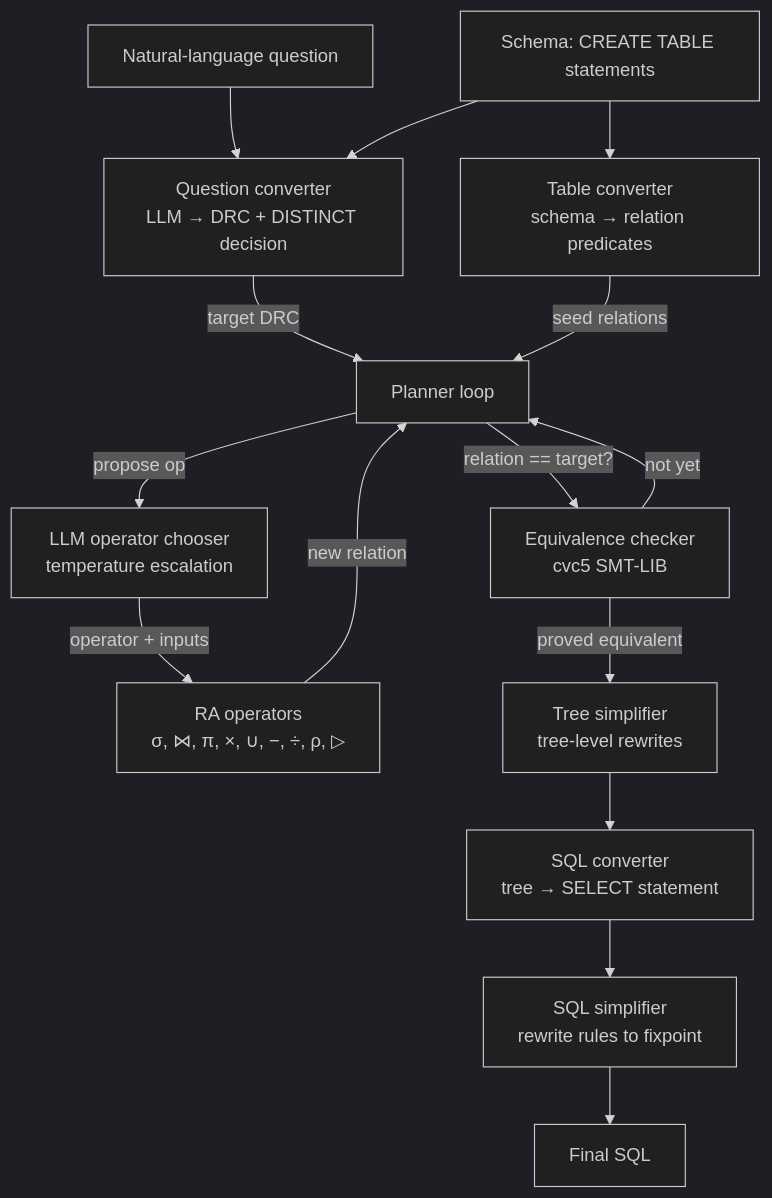
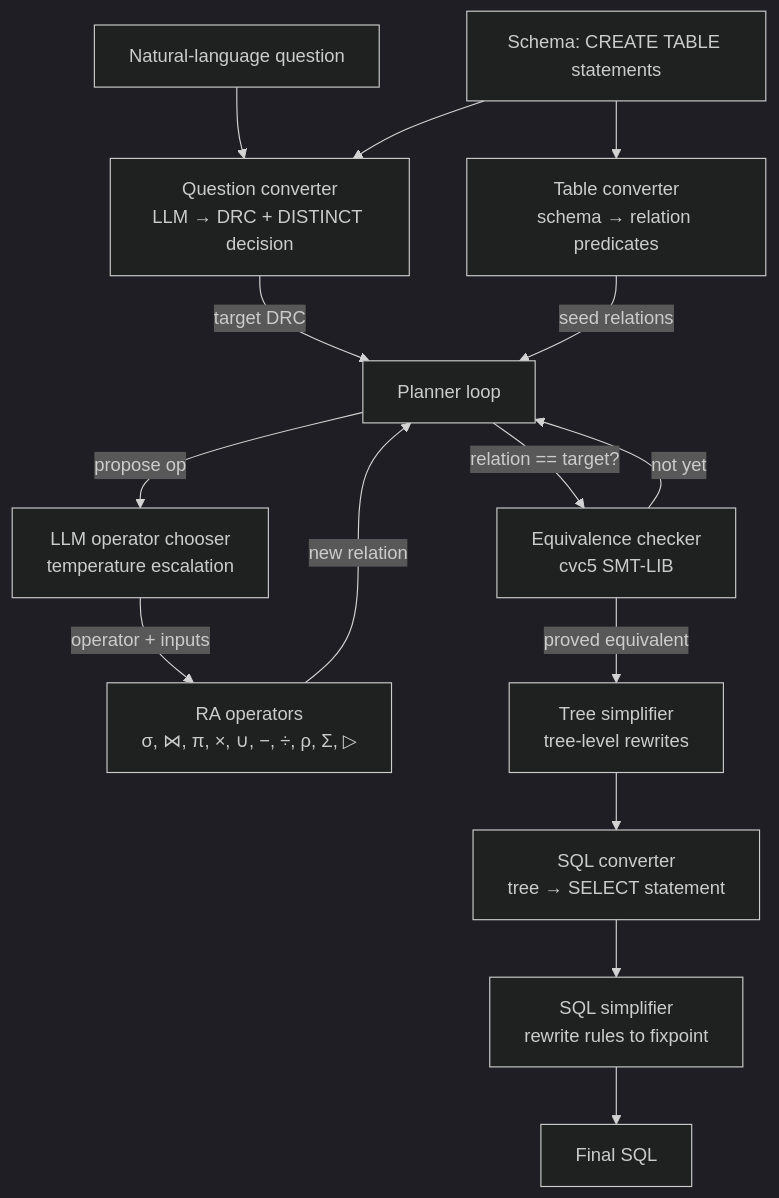
Before and after one commit to aws-samples/sample-neurosymbolic-text-to-SQL-with-symbolic-planner: the diagram in README.md, drawn with Mermaid (dark theme). The commit also changed other lines of this file and 13 other files, not shown here.

````diff
--- a/README.md
+++ b/README.md
@@ -157,33 +157,33 @@
 ```mermaid
 flowchart TD
     Q[Natural-language question]
     S[Schema: CREATE TABLE statements]
 
     QC[Question converter<br/>LLM → DRC + DISTINCT decision]
     TC[Table converter<br/>schema → relation predicates]
 
     P[Planner loop]
     LLM[LLM operator chooser<br/>temperature escalation]
-    OPS[RA operators<br/>σ, ⋈, π, ×, ∪, −, ÷, ρ, ▷]
+    OPS[RA operators<br/>σ, ⋈, π, ×, ∪, −, ÷, ρ, Σ, ▷]
     EQ[Equivalence checker<br/>cvc5 SMT-LIB]
 
     TREE[Tree simplifier<br/>tree-level rewrites]
     SQL[SQL converter<br/>tree → SELECT statement]
     SIMP[SQL simplifier<br/>rewrite rules to fixpoint]
 
     OUT[Final SQL]
 
     Q --> QC
     S --> TC
     S --> QC
     QC -->|target DRC| P
     TC -->|seed relations| P
     P -->|propose op| LLM
     LLM -->|operator + inputs| OPS
     OPS -->|new relation| P
     P -->|relation == target?| EQ
     EQ -- not yet --> P
     EQ -- proved equivalent --> TREE
     TREE --> SQL
     SQL --> SIMP --> OUT
 ```
````
